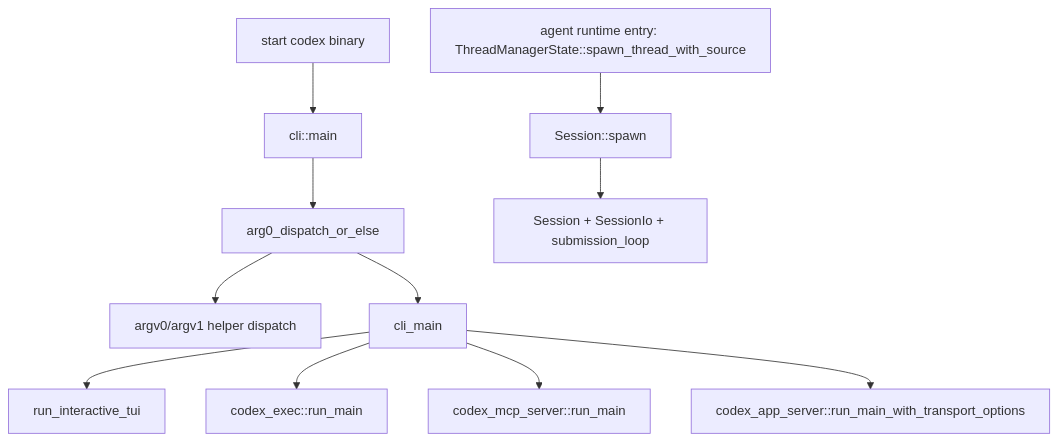
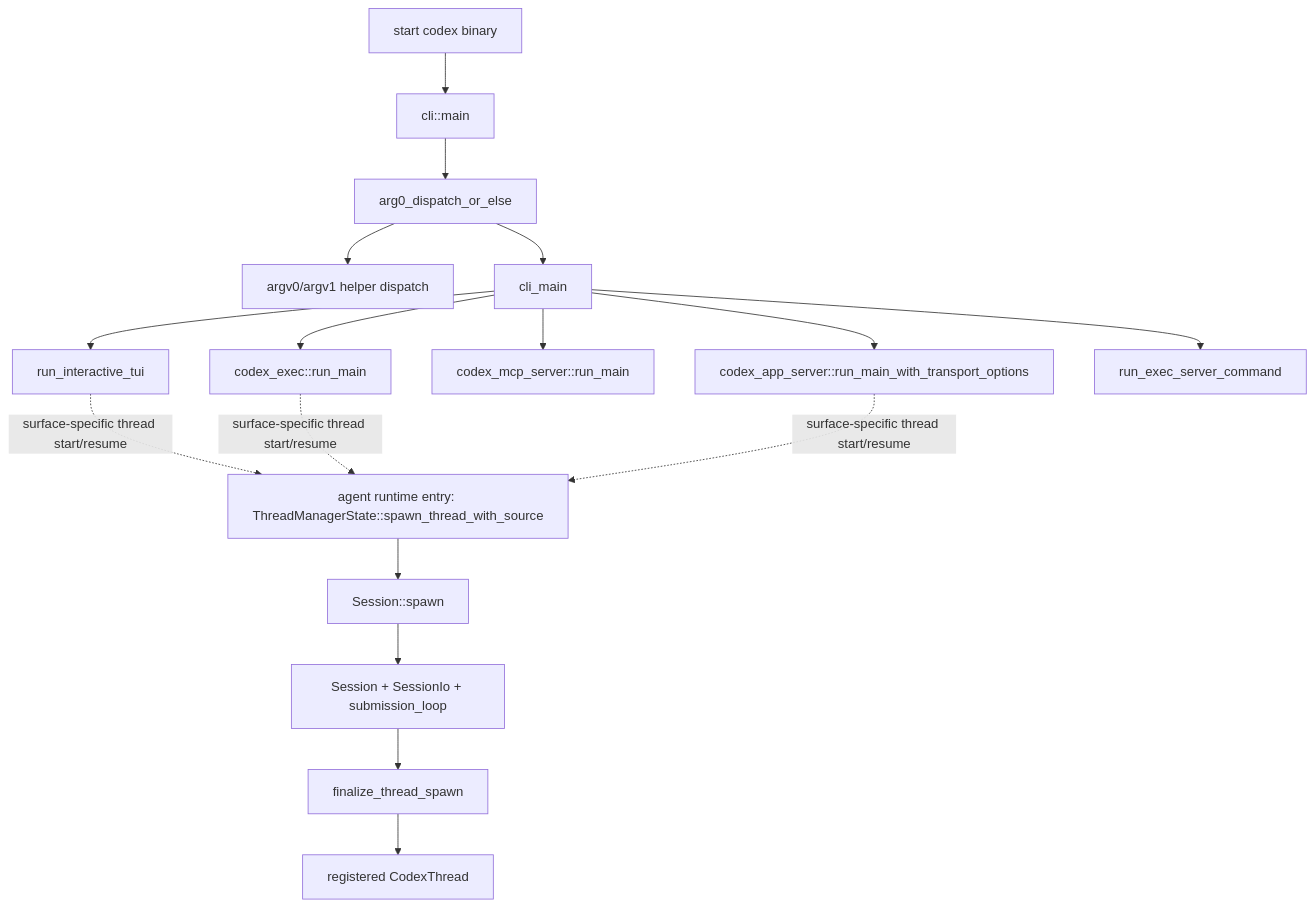
Before and after one commit to wdnmdtonyma/SOTA-Agent-LLM-Wiki: the diagram in docs/llm-wiki/codex/spine/process-lifecycle.md, drawn with Mermaid. The commit also changed other lines of this file and 183 other files, not shown here.

````diff
--- a/docs/llm-wiki/codex/spine/process-lifecycle.md
+++ b/docs/llm-wiki/codex/spine/process-lifecycle.md
@@ -23,14 +23,20 @@
 ```mermaid
 flowchart TD
     OS["start codex binary"] --> MAIN["cli::main"]
     MAIN --> ARG0["arg0_dispatch_or_else"]
     ARG0 --> ALIAS["argv0/argv1 helper dispatch"]
     ARG0 --> CLI["cli_main"]
     CLI --> TUI["run_interactive_tui"]
     CLI --> EXEC["codex_exec::run_main"]
     CLI --> MCP["codex_mcp_server::run_main"]
     CLI --> APP["codex_app_server::run_main_with_transport_options"]
+    CLI --> EXECSERVER["run_exec_server_command"]
     TM["agent runtime entry: ThreadManagerState::spawn_thread_with_source"]
-    TM --> CODEX["Session::spawn"]
-    CODEX --> SESSION["Session + SessionIo + submission_loop"]
+    TUI -. "surface-specific thread start/resume" .-> TM
+    EXEC -. "surface-specific thread start/resume" .-> TM
+    APP -. "surface-specific thread start/resume" .-> TM
+    TM --> SPAWN["Session::spawn"]
+    SPAWN --> SESSION["Session + SessionIo + submission_loop"]
+    SESSION --> FINALIZE["finalize_thread_spawn"]
+    FINALIZE --> THREAD["registered CodexThread"]
 ```
````
